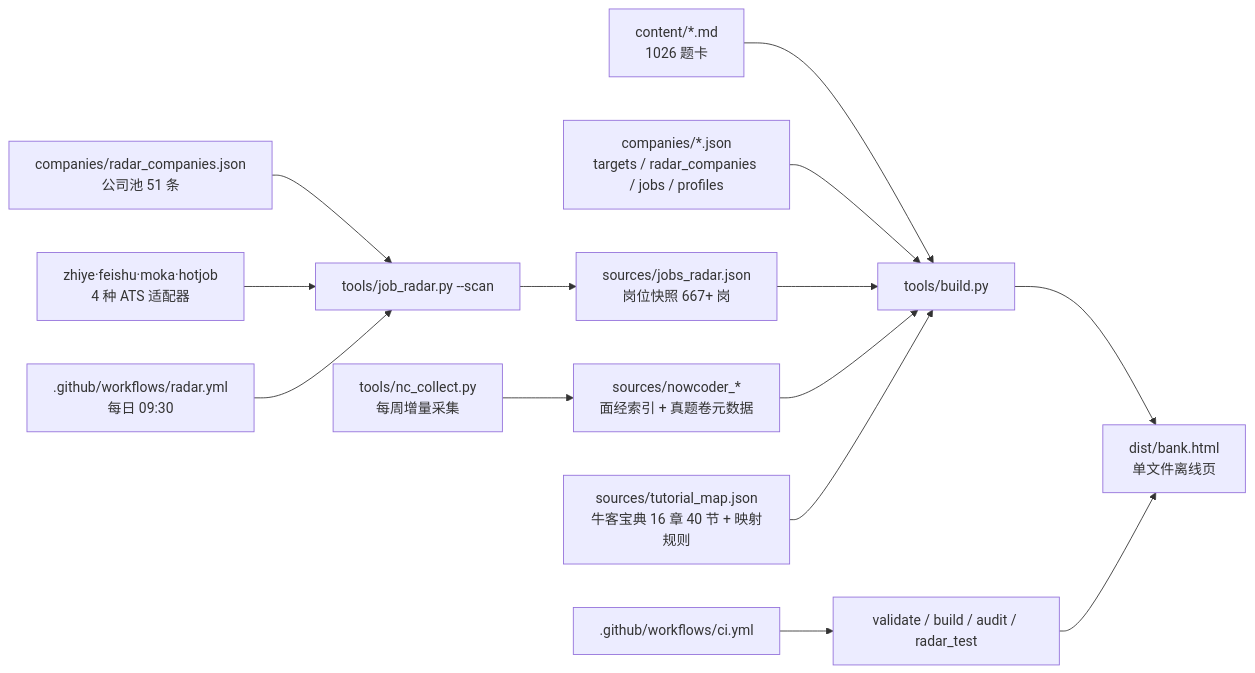
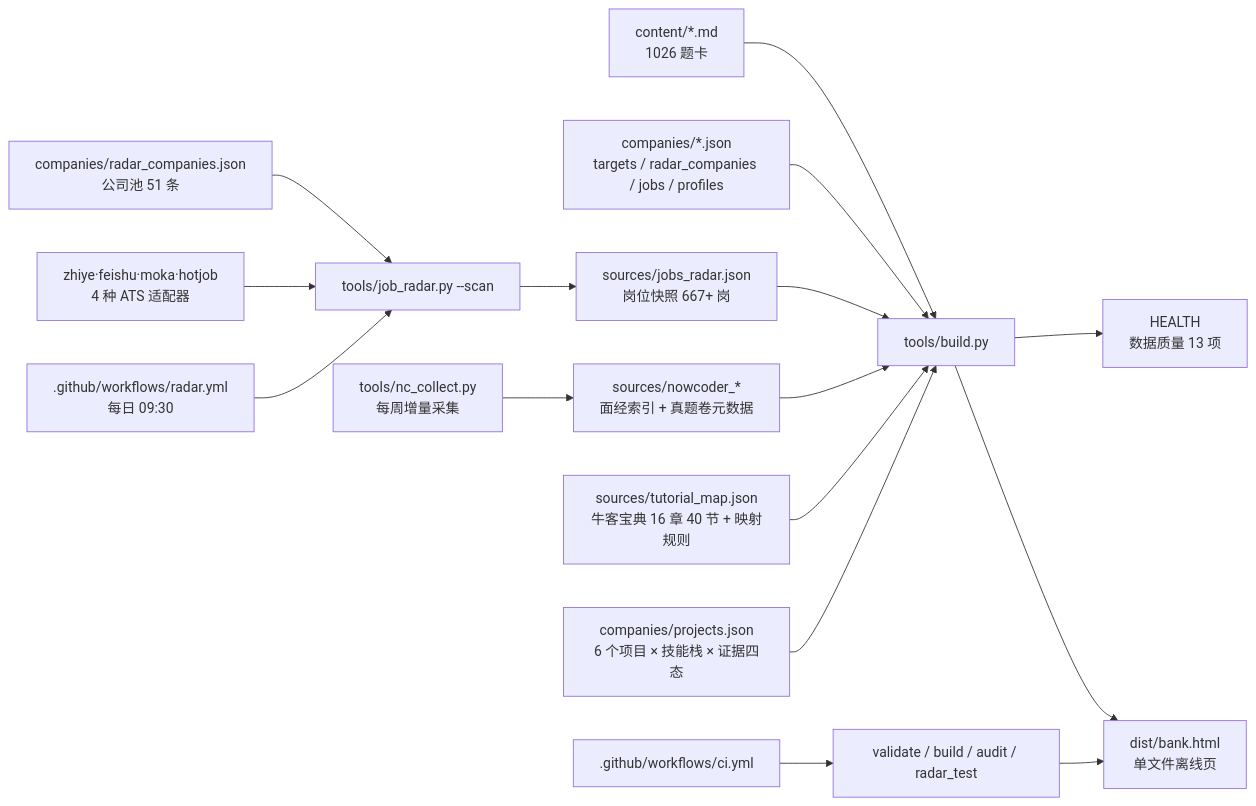
One commit to DOURENCHI/interview-bank changed the diagram in docs/architecture.md. Above: the diagram before and after it, drawn with Mermaid. The commit also changed other lines of this file and 11 other files, not shown here.

````diff
--- a/docs/architecture.md
+++ b/docs/architecture.md
@@ -22,16 +22,18 @@
 ```mermaid
 flowchart LR
     A[content/*.md<br/>1026 题卡] --> B[tools/build.py]
     C[companies/*.json<br/>targets / radar_companies / jobs / profiles] --> B
     D[sources/jobs_radar.json<br/>岗位快照 667+ 岗] --> B
     N[sources/nowcoder_*<br/>面经索引 + 真题卷元数据] --> B
     T[sources/tutorial_map.json<br/>牛客宝典 16 章 40 节 + 映射规则] --> B
+    PJ[companies/projects.json<br/>6 个项目 × 技能栈 × 证据四态] --> B
+    B --> H2[HEALTH<br/>数据质量 13 项]
     B --> E[dist/bank.html<br/>单文件离线页]
     F[companies/radar_companies.json<br/>公司池 51 条] --> G[tools/job_radar.py --scan]
     G --> D
     G2[zhiye·feishu·moka·hotjob<br/>4 种 ATS 适配器] --> G
     H[.github/workflows/radar.yml<br/>每日 09:30] --> G
     NC[tools/nc_collect.py<br/>每周增量采集] --> N
     I[.github/workflows/ci.yml] --> J[validate / build / audit / radar_test]
     J --> E
 ```
````
